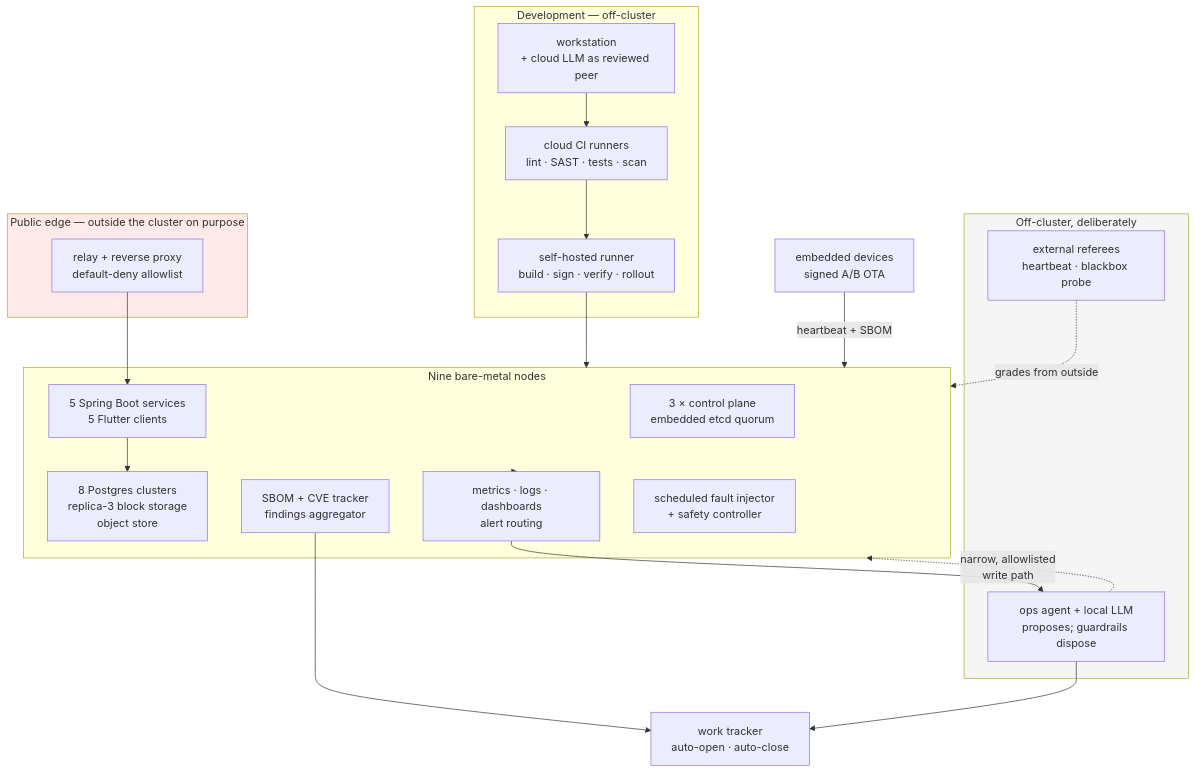
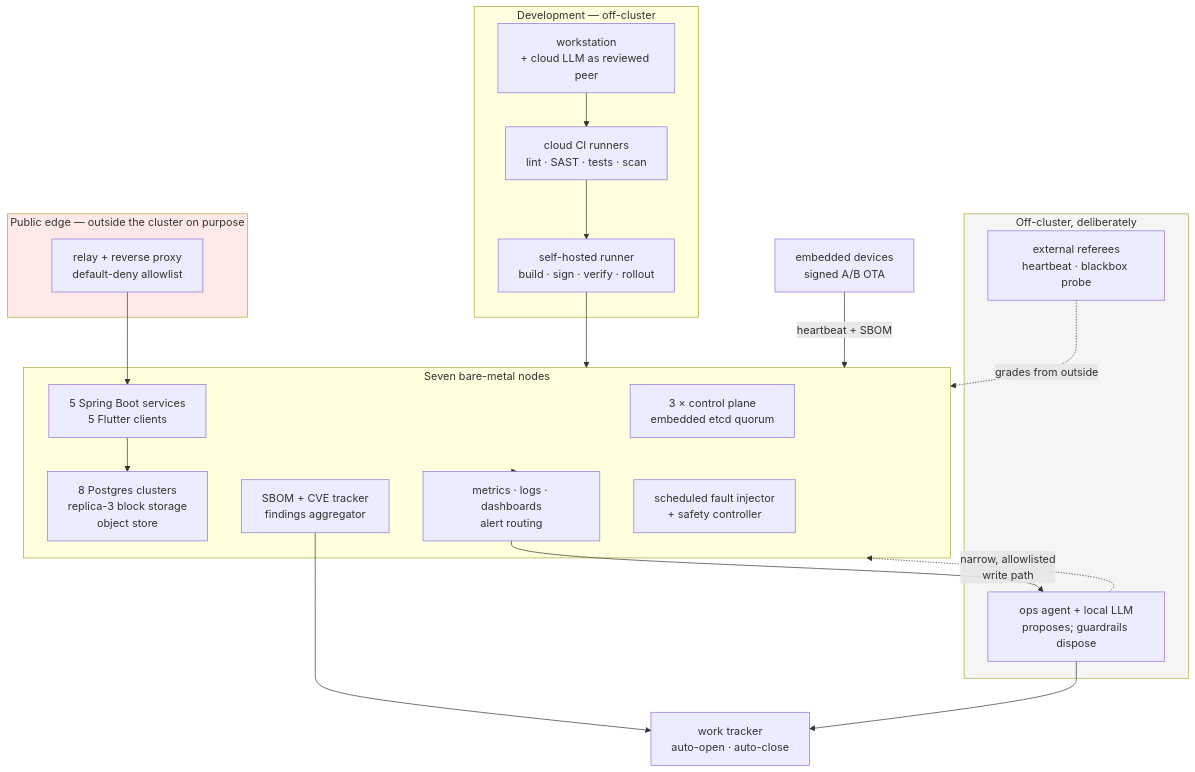
Before and after one commit to schultzzznet/schultzzznet: the diagram in docs/index.md, drawn with Mermaid. The commit also changed other lines of this file and 7 other files, not shown here.

````diff
--- a/docs/index.md
+++ b/docs/index.md
@@ -175,42 +188,42 @@
 ```mermaid
 flowchart TB
   subgraph DEV["Development — off-cluster"]
     WS["workstation<br/>+ cloud LLM as reviewed peer"]
     CI["cloud CI runners<br/>lint · SAST · tests · scan"]
     RUN["self-hosted runner<br/>build · sign · verify · rollout"]
   end
 
   subgraph EDGE["Public edge — outside the cluster on purpose"]
     FUN["relay + reverse proxy<br/>default-deny allowlist"]
   end
 
-  subgraph K3S["Nine bare-metal nodes"]
+  subgraph K3S["Seven bare-metal nodes"]
     CP["3 × control plane<br/>embedded etcd quorum"]
     APPS["5 Spring Boot services<br/>5 Flutter clients"]
     DATA["8 Postgres clusters<br/>replica-3 block storage<br/>object store"]
     OBS["metrics · logs · dashboards<br/>alert routing"]
     SEC["SBOM + CVE tracker<br/>findings aggregator"]
     CHAOS["scheduled fault injector<br/>+ safety controller"]
   end
 
   subgraph OFF["Off-cluster, deliberately"]
     AGENT["ops agent + local LLM<br/>proposes; guardrails dispose"]
     REF["external referees<br/>heartbeat · blackbox probe"]
   end
 
   DEV_DEVICES["embedded devices<br/>signed A/B OTA"]
 
   WS --> CI --> RUN --> K3S
   FUN --> APPS
   DEV_DEVICES -->|"heartbeat + SBOM"| K3S
   APPS --> DATA
   K3S --> OBS
   OBS --> AGENT
   SEC --> TRACK["work tracker<br/>auto-open · auto-close"]
   AGENT --> TRACK
   AGENT -.->|"narrow, allowlisted<br/>write path"| K3S
   REF -.->|"grades from outside"| K3S
 
   style OFF fill:#f5f5f5
   style EDGE fill:#ffe9e9
 ```
````
